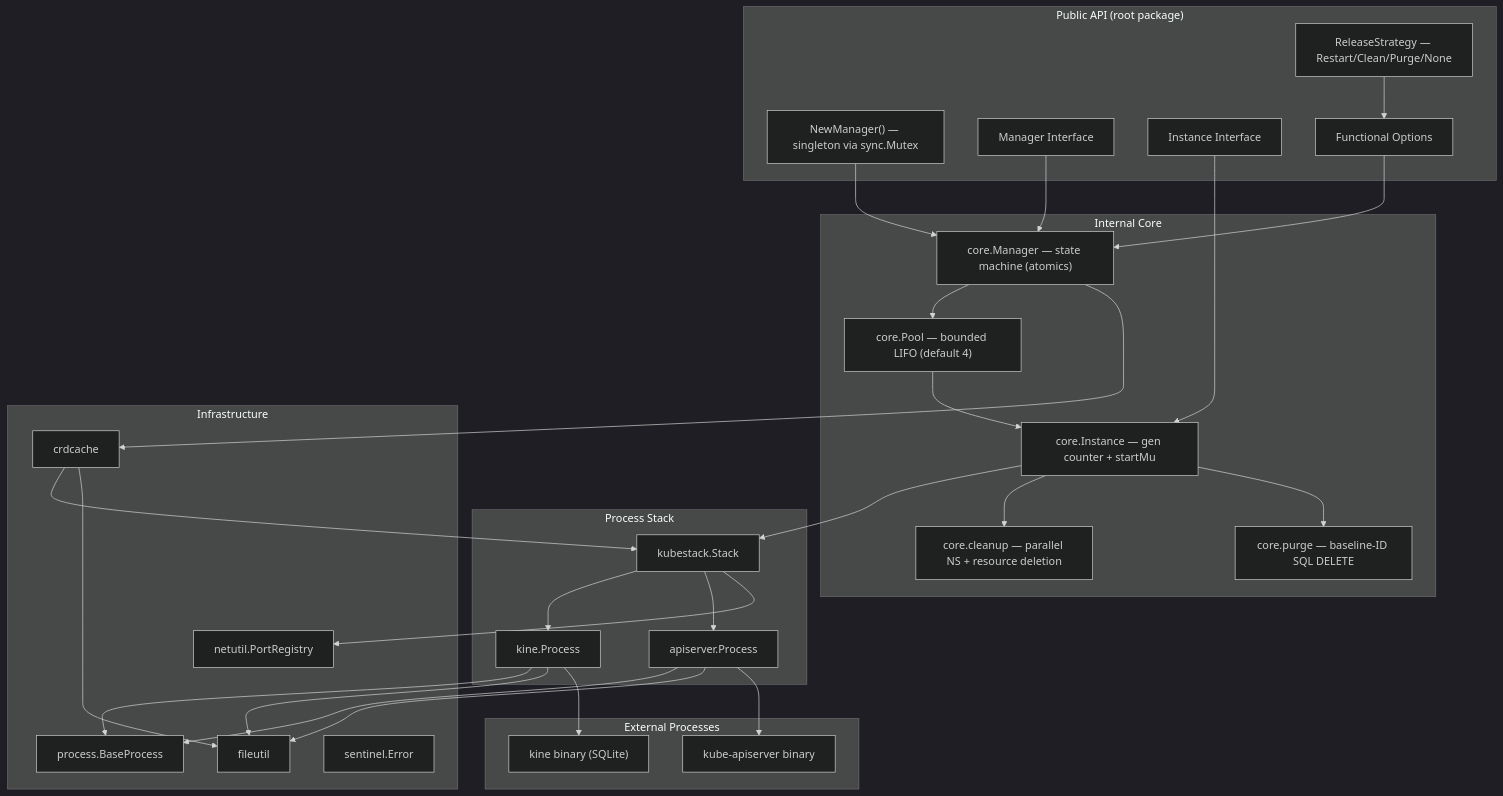
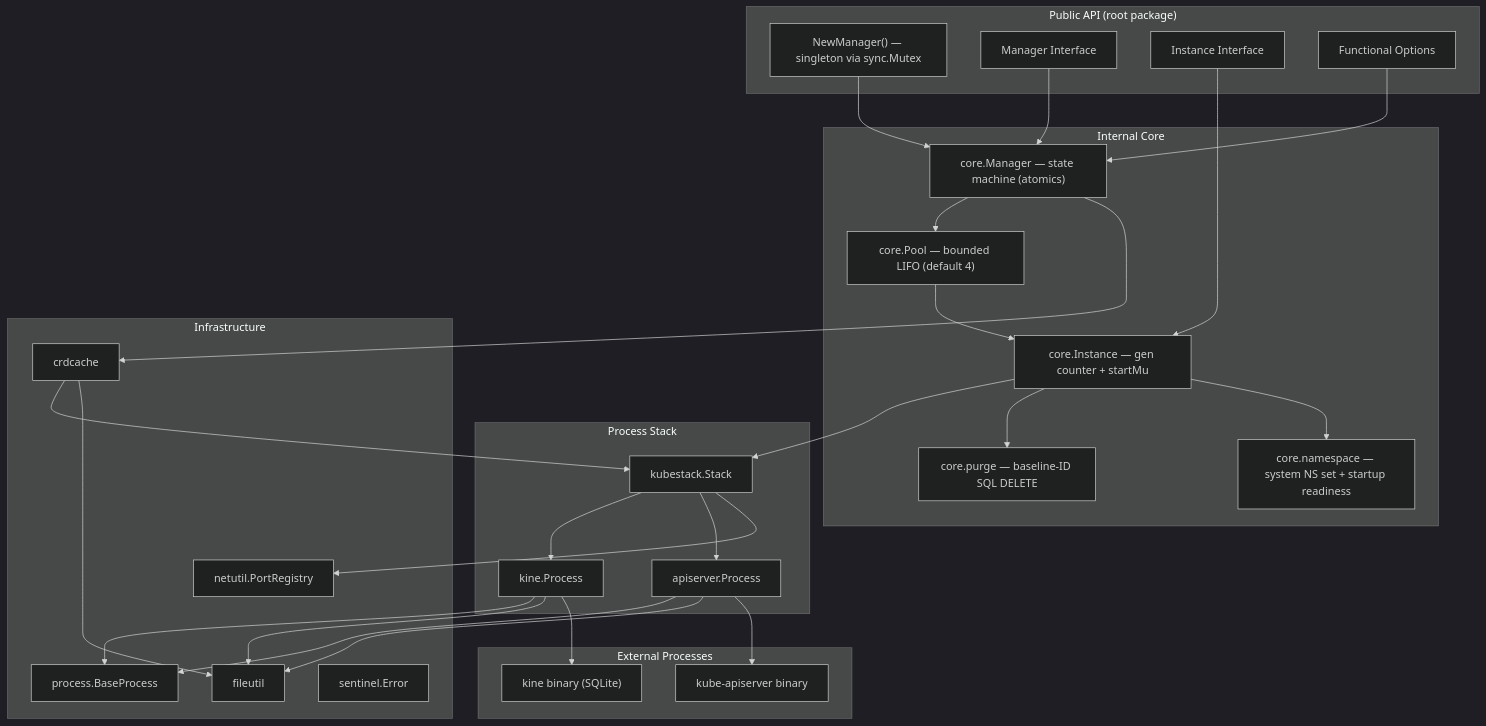
One commit to giantswarm/k8senv changed the first of 4 diagrams in docs/CODEBASE_MAP.md. Above: the diagram before and after it, drawn with Mermaid (dark theme). The commit also changed other lines of this file and 1 other file, not shown here.

First line of the commit message:
docs: update codebase map and CLAUDE.md for strategy removal refactor

````diff
--- a/docs/CODEBASE_MAP.md
+++ b/docs/CODEBASE_MAP.md
@@ -15,65 +15,63 @@
 ```mermaid
 graph TB
     subgraph "Public API (root package)"
         Factory["NewManager() — singleton via sync.Mutex"]
         MI[Manager Interface]
         II[Instance Interface]
         Opts[Functional Options]
-        Strat["ReleaseStrategy — Restart/Clean/Purge/None"]
     end
 
     subgraph "Internal Core"
         Mgr["core.Manager — state machine (atomics)"]
         Pool["core.Pool — bounded LIFO (default 4)"]
         Inst["core.Instance — gen counter + startMu"]
-        Clean["core.cleanup — parallel NS + resource deletion"]
+        NS["core.namespace — system NS set + startup readiness"]
         Purge["core.purge — baseline-ID SQL DELETE"]
     end
 
     subgraph "Process Stack"
         Stack[kubestack.Stack]
         Kine[kine.Process]
         API[apiserver.Process]
     end
 
     subgraph "Infrastructure"
         Proc[process.BaseProcess]
         Net["netutil.PortRegistry"]
         File[fileutil]
         CRD[crdcache]
         Sentinel[sentinel.Error]
     end
 
     subgraph "External Processes"
         KineBin["kine binary (SQLite)"]
         APIBin["kube-apiserver binary"]
     end
 
     Factory --> Mgr
     MI --> Mgr
     II --> Inst
     Opts --> Mgr
-    Strat --> Opts
 
     Mgr --> Pool
     Pool --> Inst
     Inst --> Stack
-    Inst --> Clean
     Inst --> Purge
+    Inst --> NS
 
     Stack --> Kine
     Stack --> API
     Stack --> Net
 
     Kine --> Proc
     API --> Proc
     Kine --> File
     API --> File
 
     Kine --> KineBin
     API --> APIBin
 
     Mgr --> CRD
     CRD --> Stack
     CRD --> File
 ```
````
